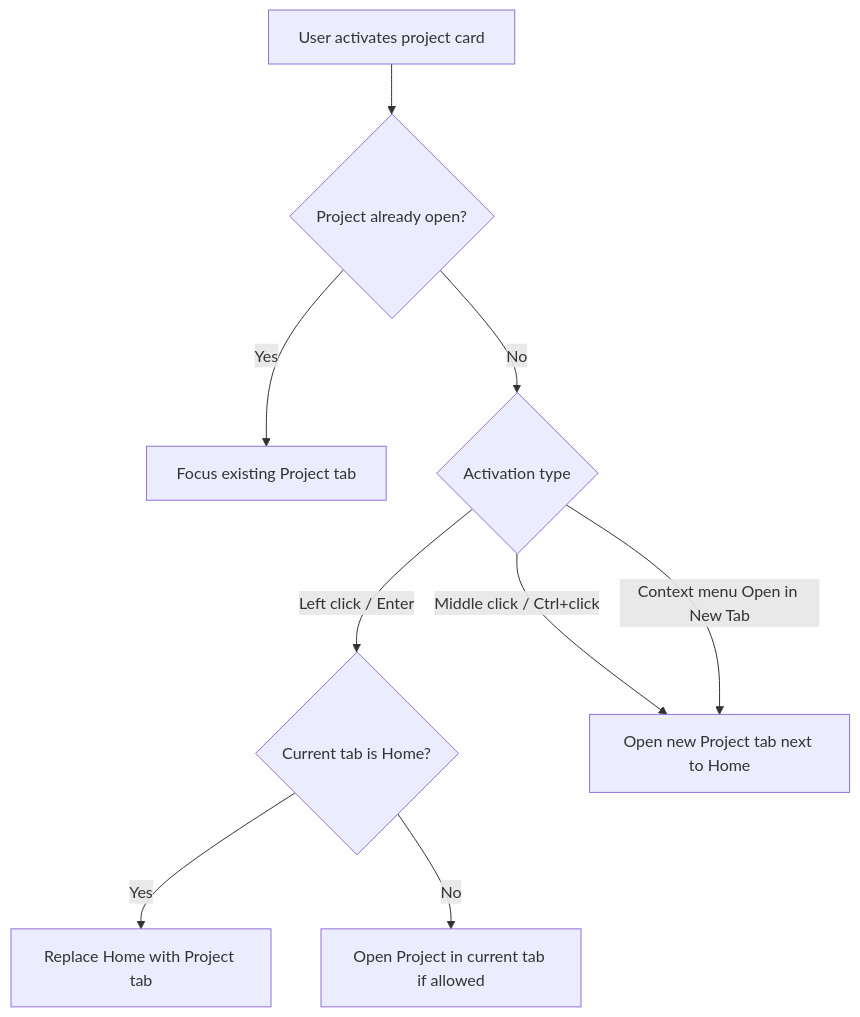
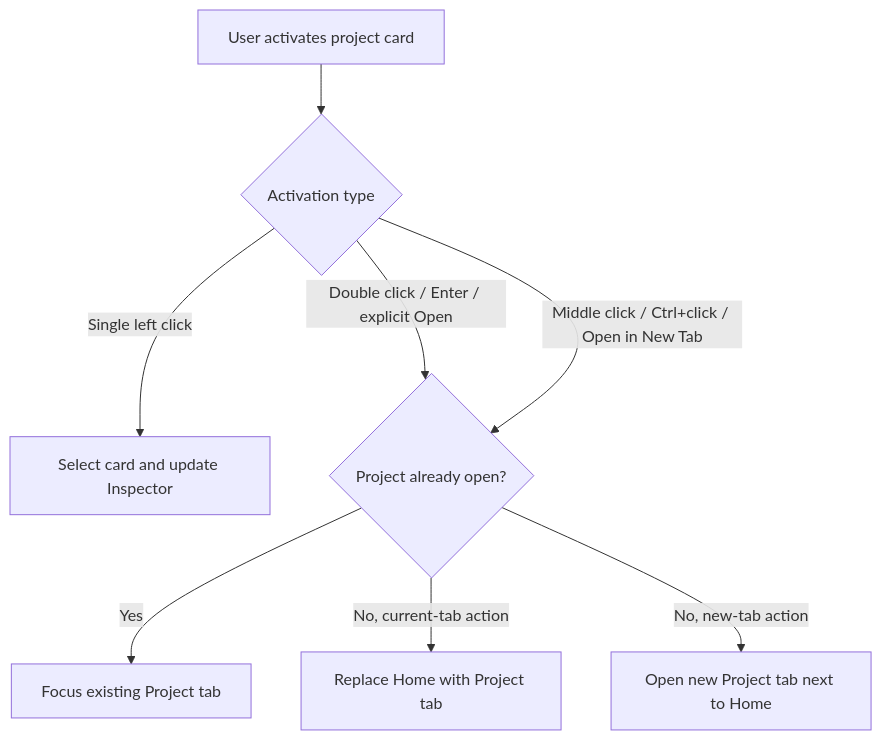
One commit to BMFreed/imagegen-studio changed the first of 6 diagrams in docs/features/home-screen.md. Above: the diagram before and after it, drawn with Mermaid. The commit also changed other lines of this file and 6 other files, not shown here.

````diff
--- a/docs/features/home-screen.md
+++ b/docs/features/home-screen.md
@@ -225,11 +249,10 @@
 ```mermaid
 flowchart TD
-  A["User activates project card"] --> B{"Project already open?"}
-  B -- "Yes" --> C["Focus existing Project tab"]
-  B -- "No" --> D{"Activation type"}
-  D -- "Left click / Enter" --> E{"Current tab is Home?"}
-  E -- "Yes" --> F["Replace Home with Project tab"]
-  E -- "No" --> G["Open Project in current tab if allowed"]
-  D -- "Middle click / Ctrl+click" --> H["Open new Project tab next to Home"]
-  D -- "Context menu Open in New Tab" --> H
+  A["User activates project card"] --> B{"Activation type"}
+  B -- "Single left click" --> C["Select card and update Inspector"]
+  B -- "Double click / Enter / explicit Open" --> D{"Project already open?"}
+  B -- "Middle click / Ctrl+click / Open in New Tab" --> D
+  D -- "Yes" --> E["Focus existing Project tab"]
+  D -- "No, current-tab action" --> F["Replace Home with Project tab"]
+  D -- "No, new-tab action" --> G["Open new Project tab next to Home"]
 ```
````
